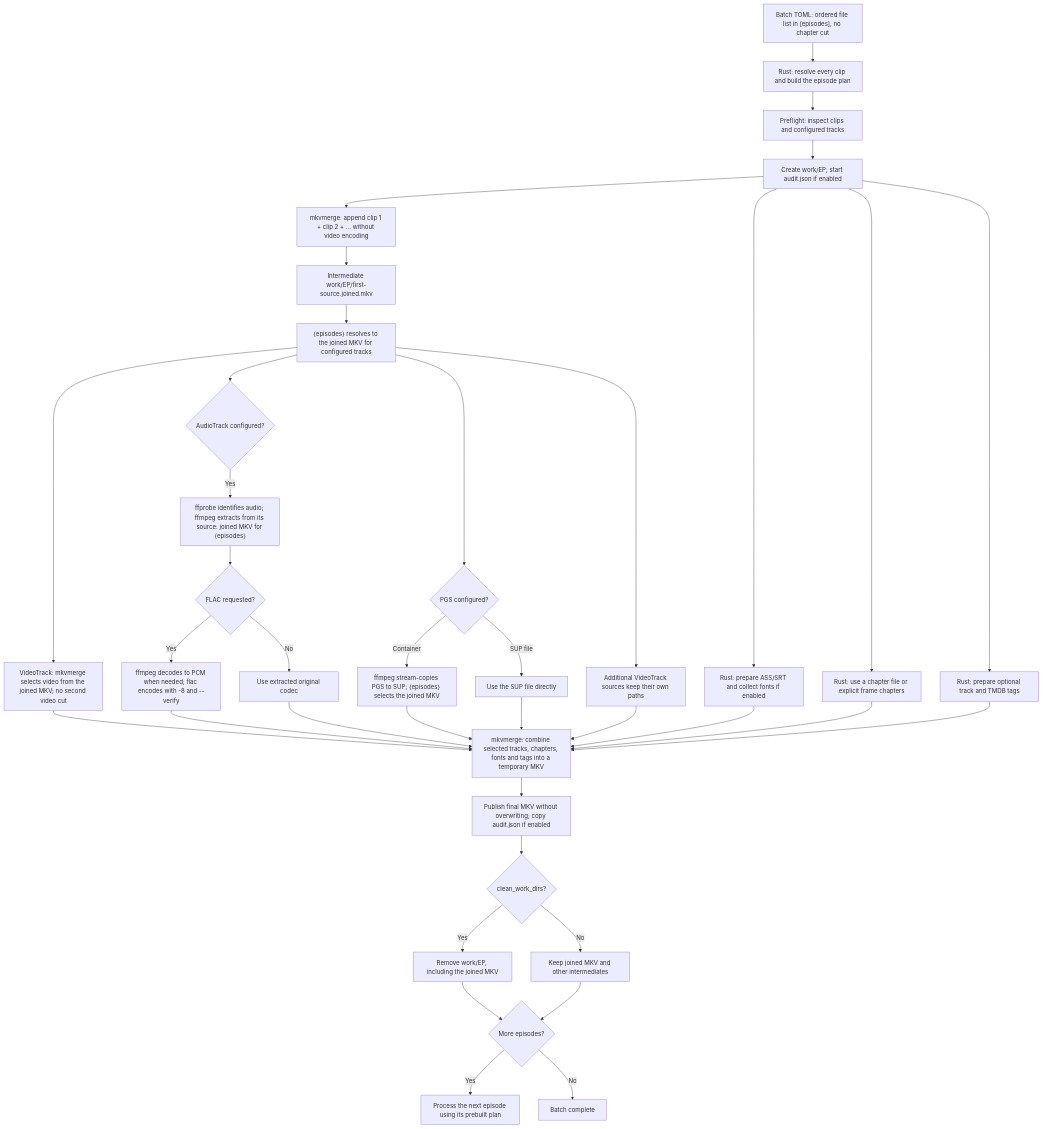
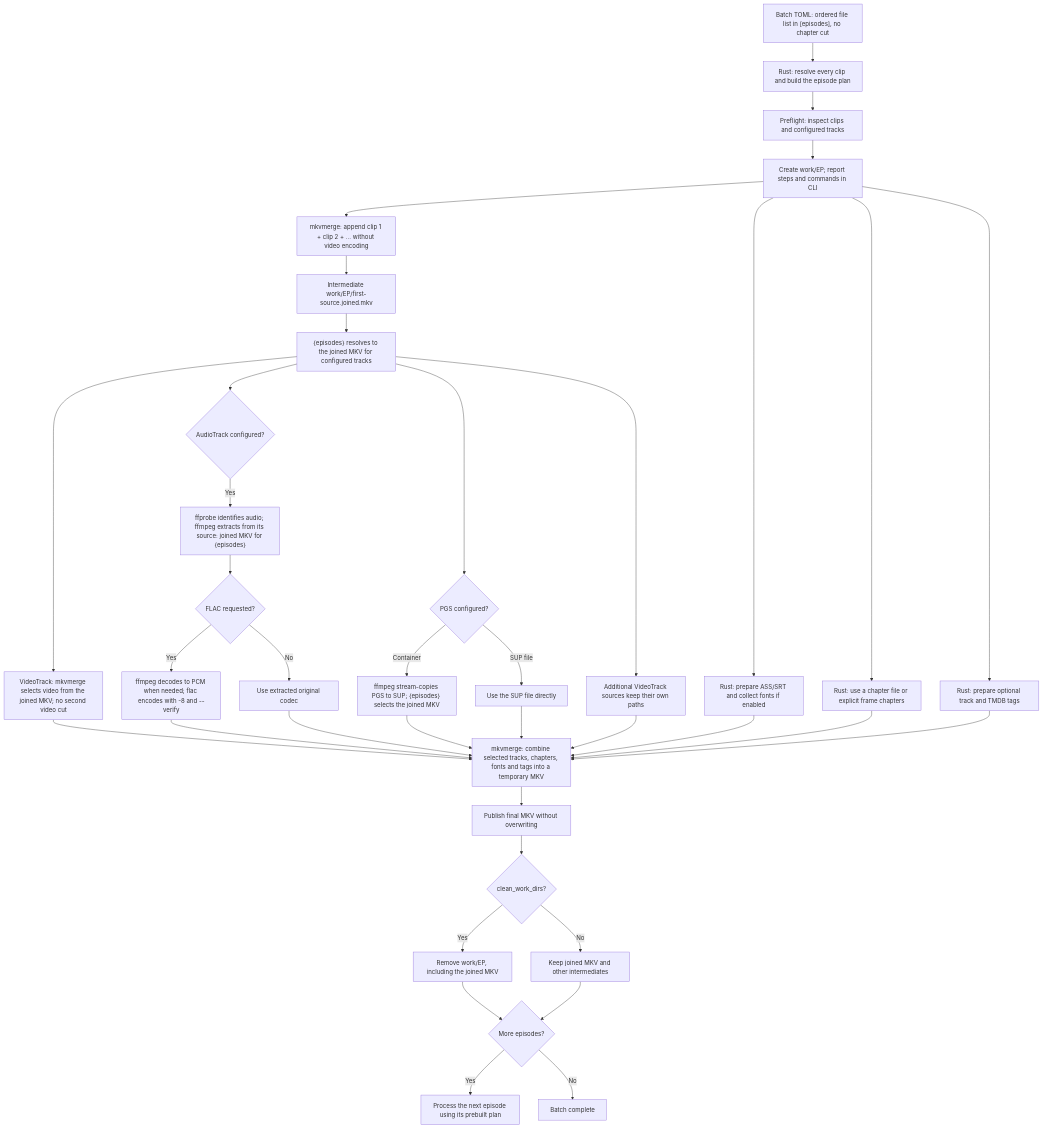
One commit to IncYami/muxcraft changed the diagram in docs/multi-part-flow.mmd. Above: the diagram before and after it, drawn with Mermaid. The commit also changed 20 other files, not shown here.

Commit message:
Report mux activity in CLI without audit files

```diff
--- a/docs/multi-part-flow.mmd
+++ b/docs/multi-part-flow.mmd
@@ -1,37 +1,37 @@
 flowchart TD
     A["Batch TOML: ordered file list in [episodes], no chapter cut"] --> B["Rust: resolve every clip and build the episode plan"]
     B --> C["Preflight: inspect clips and configured tracks"]
-    C --> W["Create work/EP; start audit.json if enabled"]
+    C --> W["Create work/EP; report steps and commands in CLI"]
     W --> JOIN["mkvmerge: append clip 1 + clip 2 + ... without video encoding"]
     JOIN --> JFILE["Intermediate work/EP/first-source.joined.mkv"]
     JFILE --> VAR["{episodes} resolves to the joined MKV for configured tracks"]
     VAR --> V["VideoTrack: mkvmerge selects video from the joined MKV; no second video cut"]
     VAR --> AU{"AudioTrack configured?"}
     AU -- Yes --> AX["ffprobe identifies audio; ffmpeg extracts from its source: joined MKV for {episodes}"]
     AX --> AC{"FLAC requested?"}
     AC -- Yes --> FL["ffmpeg decodes to PCM when needed; flac encodes with -8 and --verify"]
     AC -- No --> CP["Use extracted original codec"]
     VAR --> PG{"PGS configured?"}
     PG -- Container --> PX["ffmpeg stream-copies PGS to SUP; {episodes} selects the joined MKV"]
     PG -- SUP file --> PD["Use the SUP file directly"]
     VAR --> OTHER["Additional VideoTrack sources keep their own paths"]
     W --> SUB["Rust: prepare ASS/SRT and collect fonts if enabled"]
     W --> CH["Rust: use a chapter file or explicit frame chapters"]
     W --> TAG["Rust: prepare optional track and TMDB tags"]
     V --> MX["mkvmerge: combine selected tracks, chapters, fonts and tags into a temporary MKV"]
     FL --> MX
     CP --> MX
     PX --> MX
     PD --> MX
     OTHER --> MX
     SUB --> MX
     CH --> MX
     TAG --> MX
-    MX --> OUT["Publish final MKV without overwriting; copy audit.json if enabled"]
+    MX --> OUT["Publish final MKV without overwriting"]
     OUT --> CLEAN{"clean_work_dirs?"}
     CLEAN -- Yes --> RM["Remove work/EP, including the joined MKV"]
     CLEAN -- No --> KEEP["Keep joined MKV and other intermediates"]
     RM --> NEXT{"More episodes?"}
     KEEP --> NEXT
     NEXT -- Yes --> REPEAT["Process the next episode using its prebuilt plan"]
     NEXT -- No --> DONE["Batch complete"]
```
